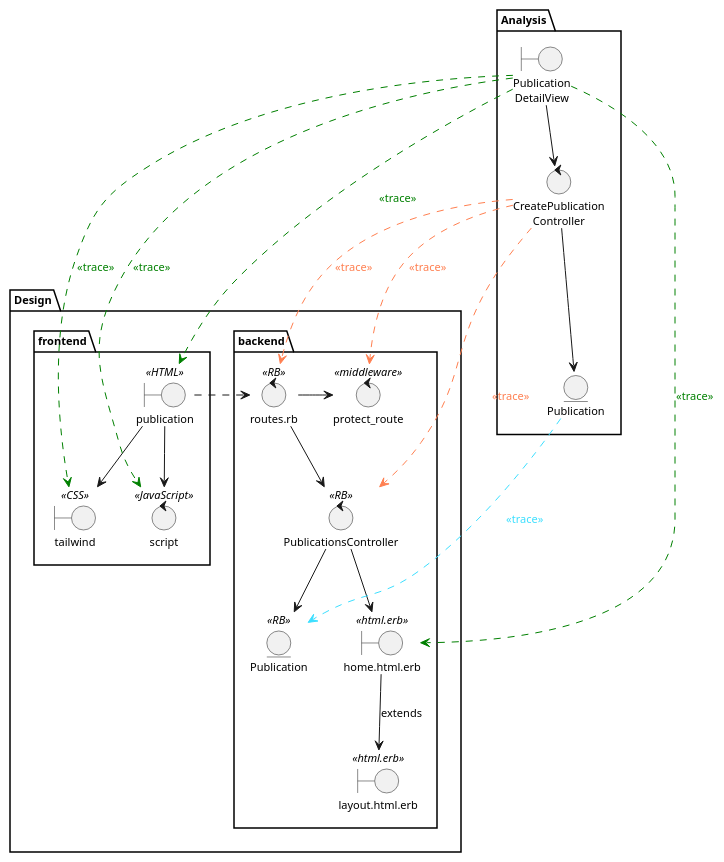
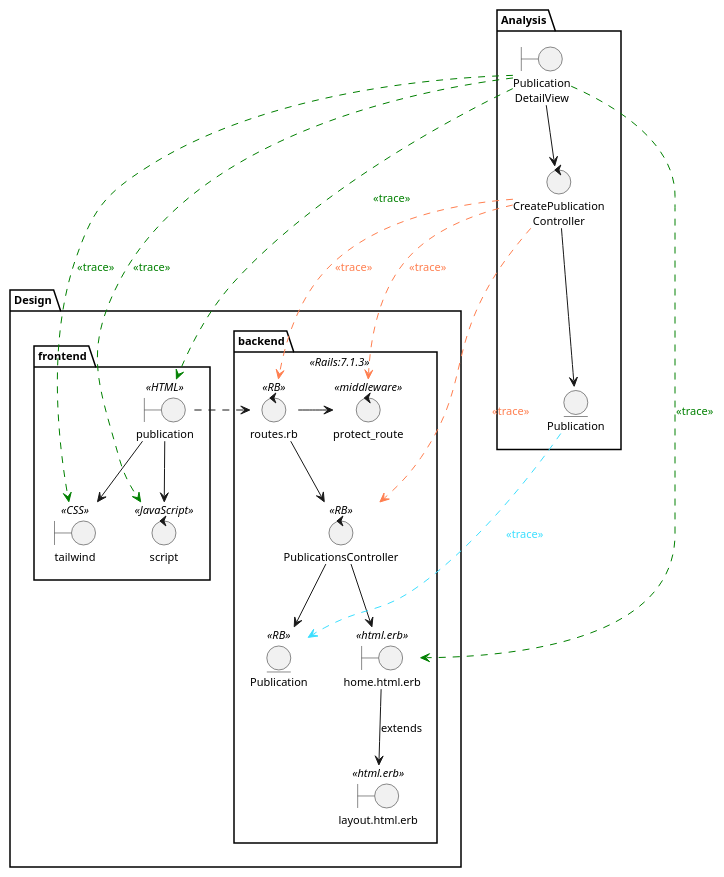
One commit to mpaulaherrero/tesis-frameworks-backend-diagrams changed the diagram in logicalView/designView/ruby/usecaseDesign/designClassDiagramUC7TraceAnalisysClass.plantuml. Above: the diagram before and after it, drawn with PlantUML. The commit also changed 25 other files, not shown here.

Commit message:
todos los diagramas

```diff
--- a/logicalView/designView/ruby/usecaseDesign/designClassDiagramUC7TraceAnalisysClass.plantuml
+++ b/logicalView/designView/ruby/usecaseDesign/designClassDiagramUC7TraceAnalisysClass.plantuml
@@ -1,55 +1,55 @@
 @startuml
 skinparam style strictuml
 skinparam defaultTextAlignment center
 skinparam defaultFontSize 11
 
 package Analysis{
     boundary "Publication\nDetailView" as PublicationDetailViewAnalysis
     entity "Publication" as PublicationAnalysis
     control "CreatePublication\nController" as CreatePublicationControllerAnalysis
 
     PublicationDetailViewAnalysis --> CreatePublicationControllerAnalysis
     CreatePublicationControllerAnalysis --> PublicationAnalysis
 }
 
 package Design{
-    package backend {
+    package backend <<Rails:7.1.3>>{
         boundary "home.html.erb" as PublicationDetailView << html.erb >>
         boundary "layout.html.erb" as mainLayoutProfileView << html.erb >>
         control "PublicationsController" as PublicationController << RB >>
         control "routes.rb" as Router << RB >>
         control protect_route << middleware >>
         entity Publication << RB >>
     }
     package frontend {
         boundary "publication" as PublicationHtml << HTML >>
         boundary "tailwind" as outputCss << CSS >>
         control script << JavaScript >>
     }
 
     PublicationHtml -d-> outputCss
     PublicationHtml -d-> script
     PublicationHtml .r.> Router
     Router -> protect_route
     Router -d-> PublicationController
     PublicationController -d-> PublicationDetailView
     PublicationController -d-> Publication
     PublicationDetailView -d-> mainLayoutProfileView: extends
 
 }
 
 'trace
 PublicationDetailViewAnalysis .[#green].> PublicationHtml : <font color=green><<trace>></font>
 PublicationDetailViewAnalysis .[#green].> script : <font color=green><<trace>></font>
 PublicationDetailViewAnalysis .[#green].> outputCss : <font color=green><<trace>></font>
 PublicationDetailViewAnalysis .[#green].> PublicationDetailView : <font color=green><<trace>></font>
 
 CreatePublicationControllerAnalysis .[#coral].> Router : <font color=coral><<trace>></font>
 CreatePublicationControllerAnalysis .[#coral].> PublicationController : <font color=coral><<trace>></font>
 CreatePublicationControllerAnalysis .[#coral].> protect_route : <font color=coral><<trace>></font>
 ' CreatePublicationControllerAnalysis .[#coral].> uploadSingle : <font color=coral><<trace>></font>
 ' CreatePublicationControllerAnalysis .[#coral].> script : <font color=coral><<trace>></font>
 
 PublicationAnalysis .[#3cdfff].> Publication : <font color=3cdfff><<trace>></font>
 
 @enduml
```
